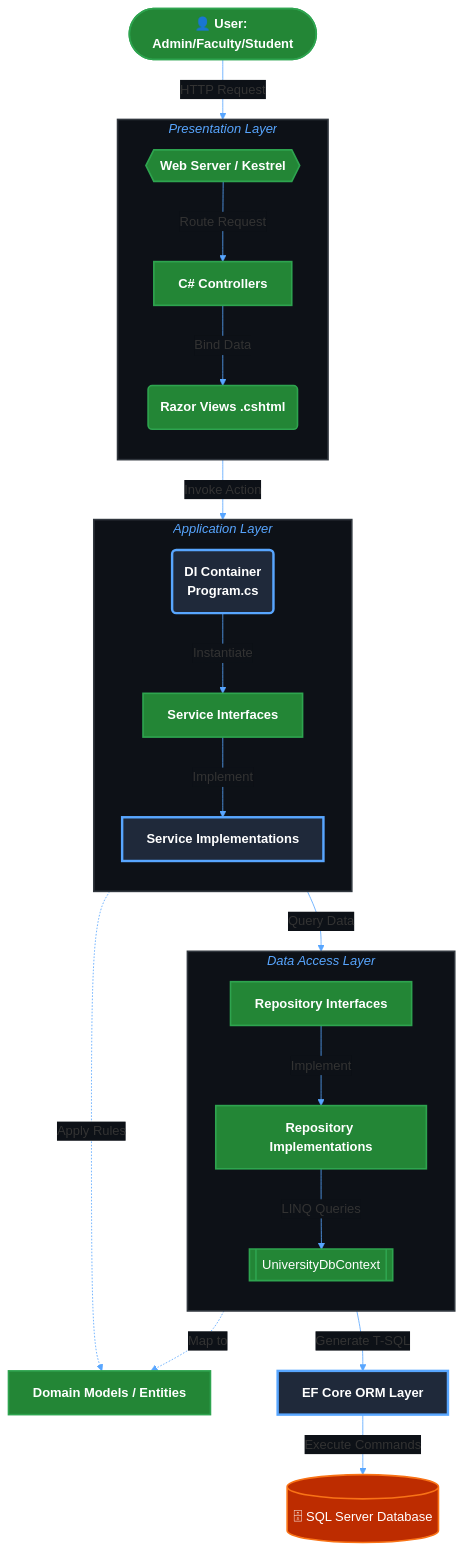
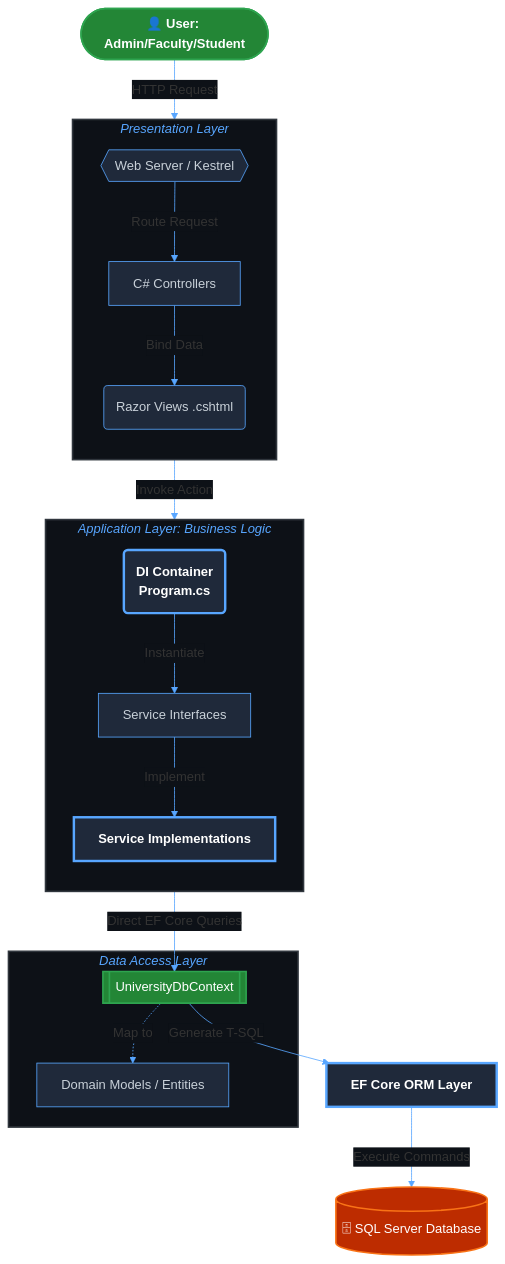
The first of 2 diagrams in README.md (Mani-741/ABC_University_Management), drawn with Mermaid before and after one commit.

Commit message:
Refine flowchart styling and comments in README
Updated comments and styling in the flowchart for better clarity.

````diff
--- a/README.md
+++ b/README.md
@@ -16,48 +16,41 @@
 ```mermaid
 %%{init: {'theme': 'base', 'themeVariables': { 'primaryColor': '#161b22', 'edgeLabelBackground':'#0d1117', 'tertiaryColor': '#0d1117', 'lineColor': '#58a6ff', 'mainBkg': '#0d1117'}}}%%
 
 flowchart TD
-    %% Custom Styling for a Professional Dark Theme
+    %% Custom Styling
     classDef userNode fill:#238636,stroke:#2ea44f,stroke-width:2px,color:#ffffff,font-weight:bold;
     classDef layerBox fill:#0d1117,stroke:#30363d,stroke-width:2px,color:#58a6ff,font-style:italic;
-    classDef actionNode fill:#238636,stroke:#2ea44f,stroke-width:2px,color:#ffffff,font-weight:bold;
+    classDef actionNode fill:#1f293a,stroke:#58a6ff,stroke-width:1px,color:#c9d1d9;
     classDef pulsingNode fill:#1f293a,stroke:#58a6ff,stroke-width:3px,color:#ffffff,font-weight:bold;
     classDef dbNode fill:#bd2c00,stroke:#f97316,stroke-width:2px,color:#ffffff;
     classDef persistenceNode fill:#238636,stroke:#2ea44f,stroke-width:2px,color:#ffffff;
 
     %% Workflow start
     User([👤 User: Admin/Faculty/Student]):::userNode -->|HTTP Request| Nginx{{Web Server / Kestrel}}:::actionNode
     
     subgraph Presentation_Layer [Presentation Layer]
         direction TB
         Nginx -->|Route Request| Ctrl[C# Controllers]:::actionNode
         Ctrl -->|Bind Data| Razor(Razor Views .cshtml):::actionNode
     end
     
     Ctrl -->|Invoke Action| DI_Cont(DI Container <br> Program.cs):::pulsingNode
     
-    subgraph App_Layer [Application Layer]
+    subgraph App_Layer [Application Layer: Business Logic]
         direction TB
         DI_Cont -->|Instantiate| SI[Service Interfaces]:::actionNode
         SI -->|Implement| SL[Service Implementations]:::pulsingNode
     end
     
-    %% Models Shared
-    MD[Domain Models / Entities]:::actionNode
-    
-    SL -.->|Apply Rules| MD
-    SL -->|Query Data| RI[Repository Interfaces]:::actionNode
-    
+    %% Business Logic talking directly to DbContext
     subgraph Data_Layer [Data Access Layer]
-        direction TB
-        RI -->|Implement| RL[Repository Implementations]:::actionNode
-        RL -->|LINQ Queries| DBC[[UniversityDbContext]]:::persistenceNode
+        SL -->|Direct EF Core Queries| DBC[[UniversityDbContext]]:::persistenceNode
+        DBC -.->|Map to| MD[Domain Models / Entities]:::actionNode
     end
     
-    DBC -.->|Map to| MD
     DBC -->|Generate T-SQL| EF[EF Core ORM Layer]:::pulsingNode
     EF -->|Execute Commands| SQLServer[(🗄 SQL Server Database)]:::dbNode
 
     %% Styling the Subgraph Headers
     class Presentation_Layer,App_Layer,Data_Layer layerBox;
 ```
````
